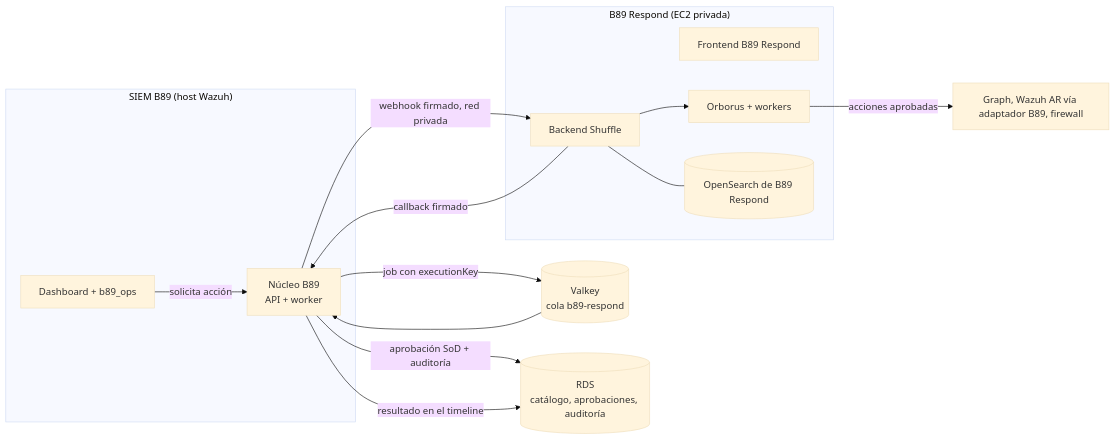
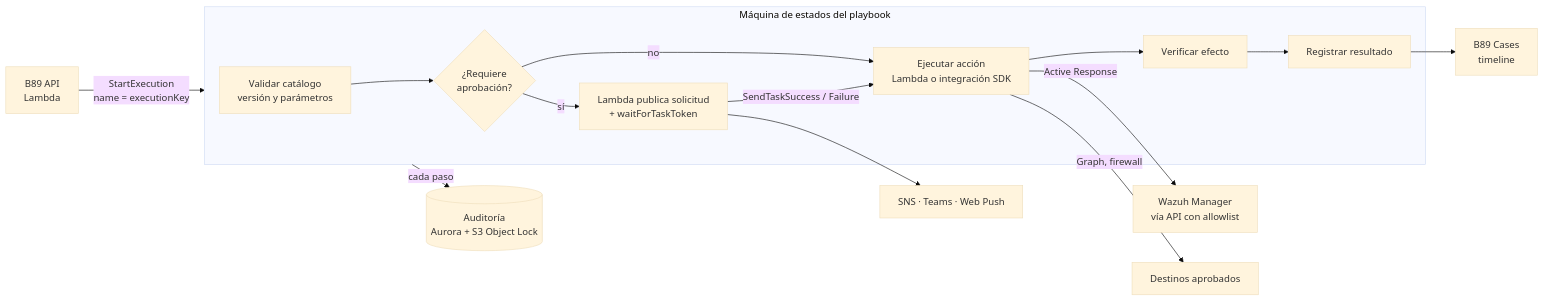
One commit to CyberStill-GmbH/b89-secops changed the diagram in docs/13-b89-respond.md. Above: the diagram before and after it, drawn with Mermaid (base theme). The commit also changed other lines of this file and 45 other files, not shown here.

````diff
--- a/docs/13-b89-respond.md
+++ b/docs/13-b89-respond.md
@@ -69,25 +29,17 @@
 ```mermaid
 flowchart LR
-  subgraph SIEM["SIEM B89 (host Wazuh)"]
-    DSB[Dashboard + b89_ops]
-    CORE[Núcleo B89<br/>API + worker]
+  API[B89 API<br/>Lambda] -->|StartExecution<br/>name = executionKey| SM
+  subgraph SM["Máquina de estados del playbook"]
+    V[Validar catálogo<br/>versión y parámetros] --> P{¿Requiere<br/>aprobación?}
+    P -->|sí| W[Lambda publica solicitud<br/>+ waitForTaskToken]
+    W -->|SendTaskSuccess / Failure| A
+    P -->|no| A[Ejecutar acción<br/>Lambda o integración SDK]
+    A --> C[Verificar efecto]
+    C --> R[Registrar resultado]
   end
-  VK[(Valkey<br/>cola b89-respond)]
-  PG[(RDS<br/>catálogo, aprobaciones, auditoría)]
-  subgraph B89_RESPOND["B89 Respond (EC2 privada)"]
-    FE[Frontend B89 Respond]
-    BE[Backend Shuffle]
-    OR[Orborus + workers]
-    DB[(OpenSearch de B89 Respond)]
-  end
-  DSB -->|solicita acción| CORE
-  CORE -->|aprobación SoD + auditoría| PG
-  CORE -->|job con executionKey| VK
-  VK --> CORE
-  CORE -->|webhook firmado, red privada| BE
-  BE --> OR
-  OR -->|acciones aprobadas| EXT[Graph, Wazuh AR vía adaptador B89, firewall]
-  BE -->|callback firmado| CORE
-  CORE -->|resultado en el timeline| PG
-  BE --- DB
+  SM -->|cada paso| AUD[(Auditoría<br/>Aurora + S3 Object Lock)]
+  W --> SNS[SNS · Teams · Web Push]
+  A -->|Active Response| MGR[Wazuh Manager<br/>vía API con allowlist]
+  A -->|Graph, firewall| EXT[Destinos aprobados]
+  R --> CASES[B89 Cases<br/>timeline]
 ```
````
